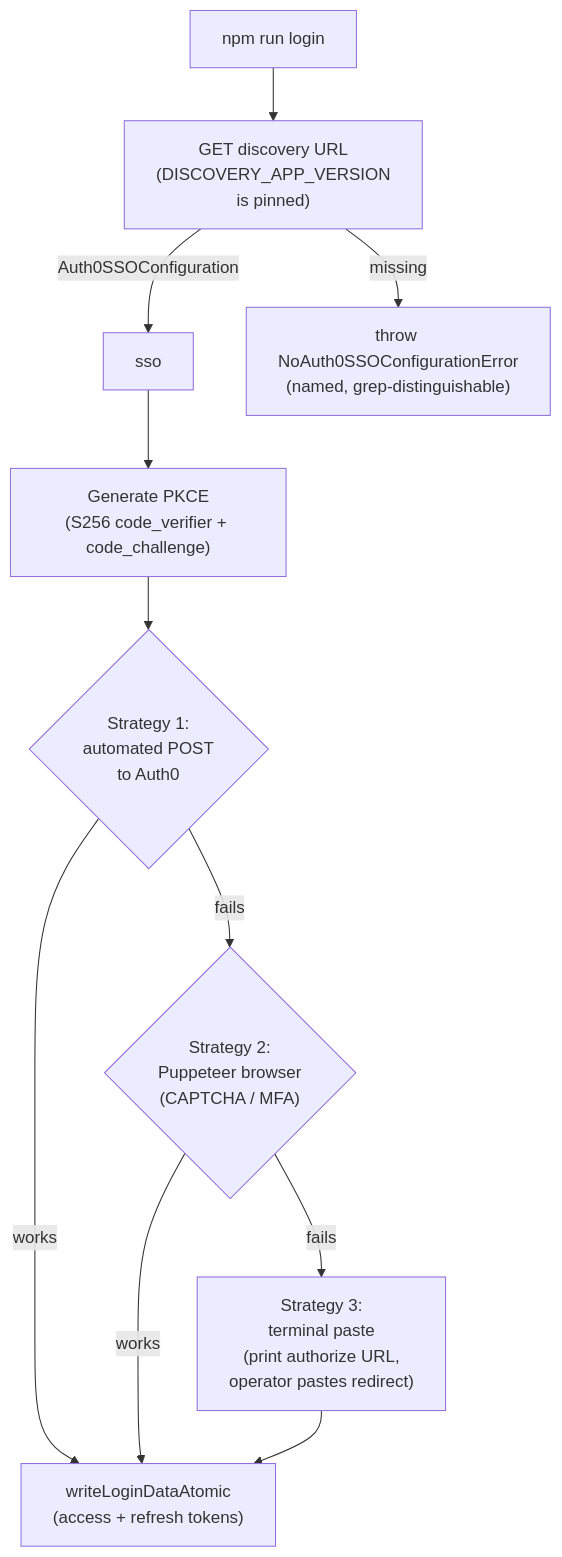
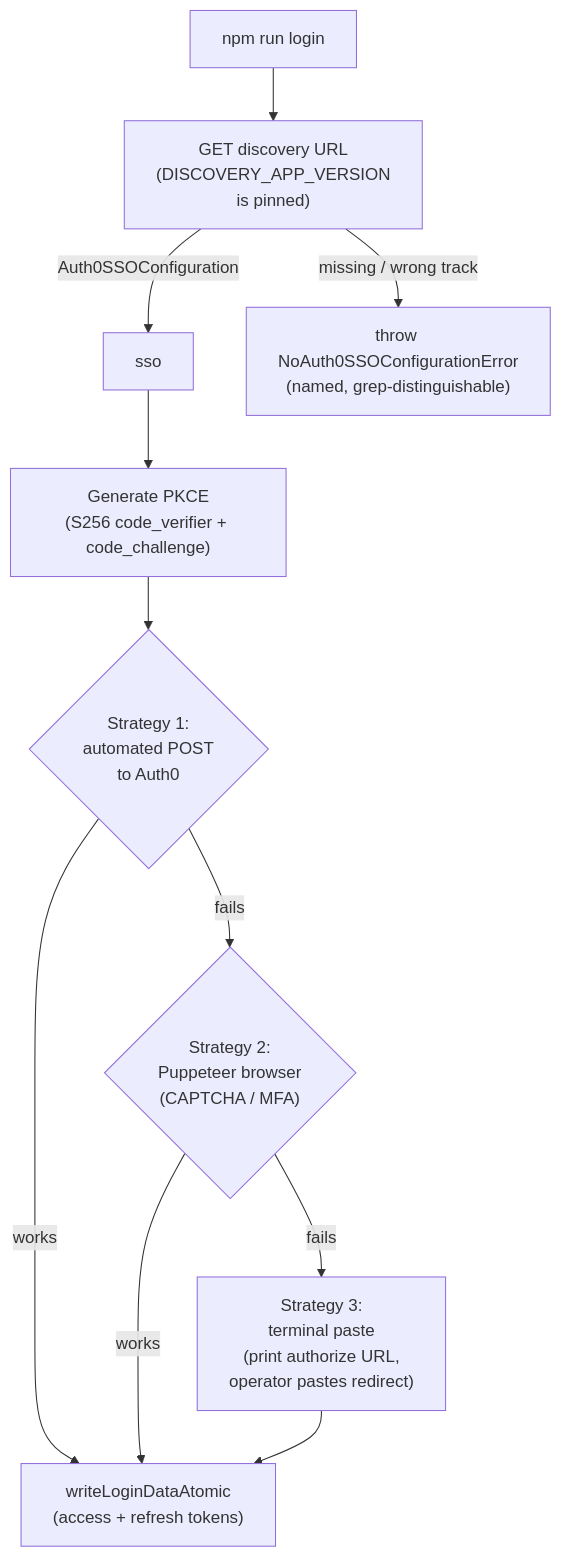
Before and after one commit to NovaLux12/carelink-bridge: the third of 3 diagrams in docs/ARCHITECTURE.md, drawn with Mermaid. The commit also changed other lines of this file and 19 other files, not shown here.

````diff
--- a/docs/ARCHITECTURE.md
+++ b/docs/ARCHITECTURE.md
@@ -171,14 +205,14 @@
 ```mermaid
 flowchart TB
   start["npm run login"]
   start --> disc["GET discovery URL<br/>(DISCOVERY_APP_VERSION<br/>is pinned)"]
   disc -->|Auth0SSOConfiguration| sso
-  disc -->|missing| err["throw NoAuth0SSOConfigurationError<br/>(named, grep-distinguishable)"]
+  disc -->|missing / wrong track| err["throw NoAuth0SSOConfigurationError<br/>(named, grep-distinguishable)"]
   sso --> pkce["Generate PKCE<br/>(S256 code_verifier + code_challenge)"]
   pkce --> s1{"Strategy 1:<br/>automated POST<br/>to Auth0"}
   s1 -->|works| done["writeLoginDataAtomic<br/>(access + refresh tokens)"]
   s1 -->|fails| s2{"Strategy 2:<br/>Puppeteer browser<br/>(CAPTCHA / MFA)"}
   s2 -->|works| done
   s2 -->|fails| s3["Strategy 3:<br/>terminal paste<br/>(print authorize URL,<br/>operator pastes redirect)"]
   s3 --> done
 ```
````
